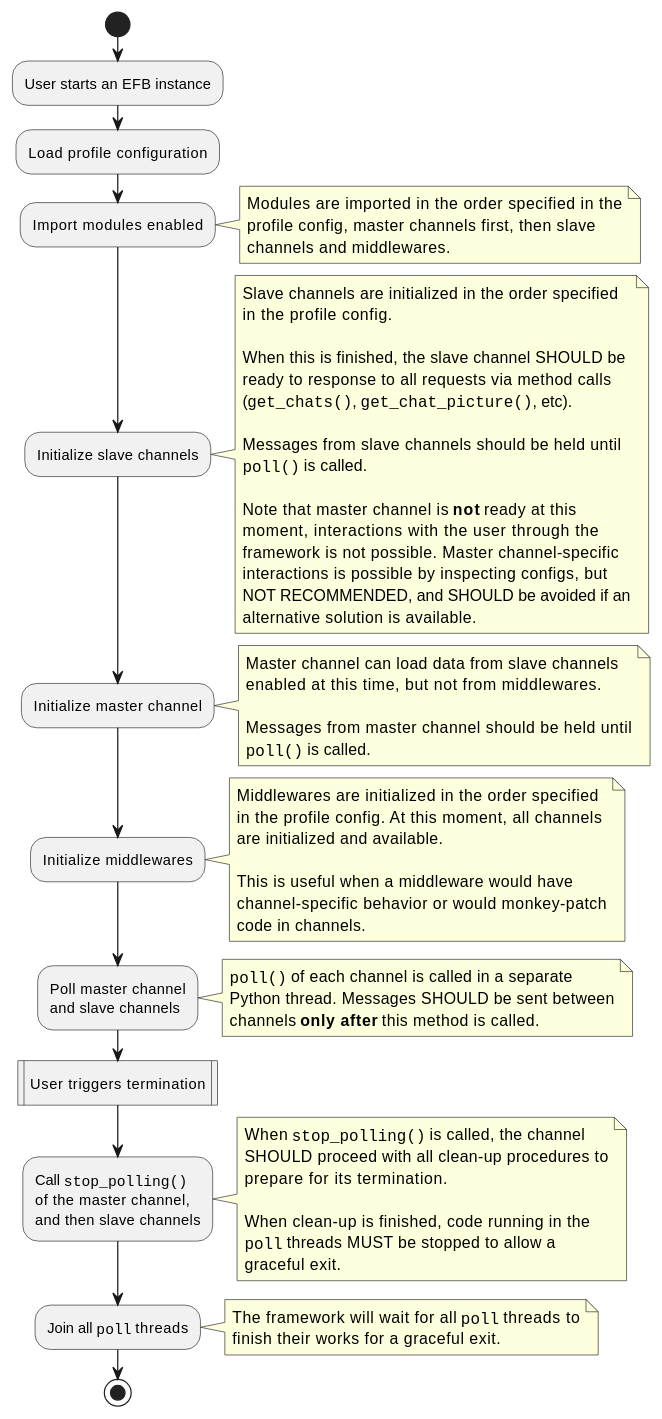
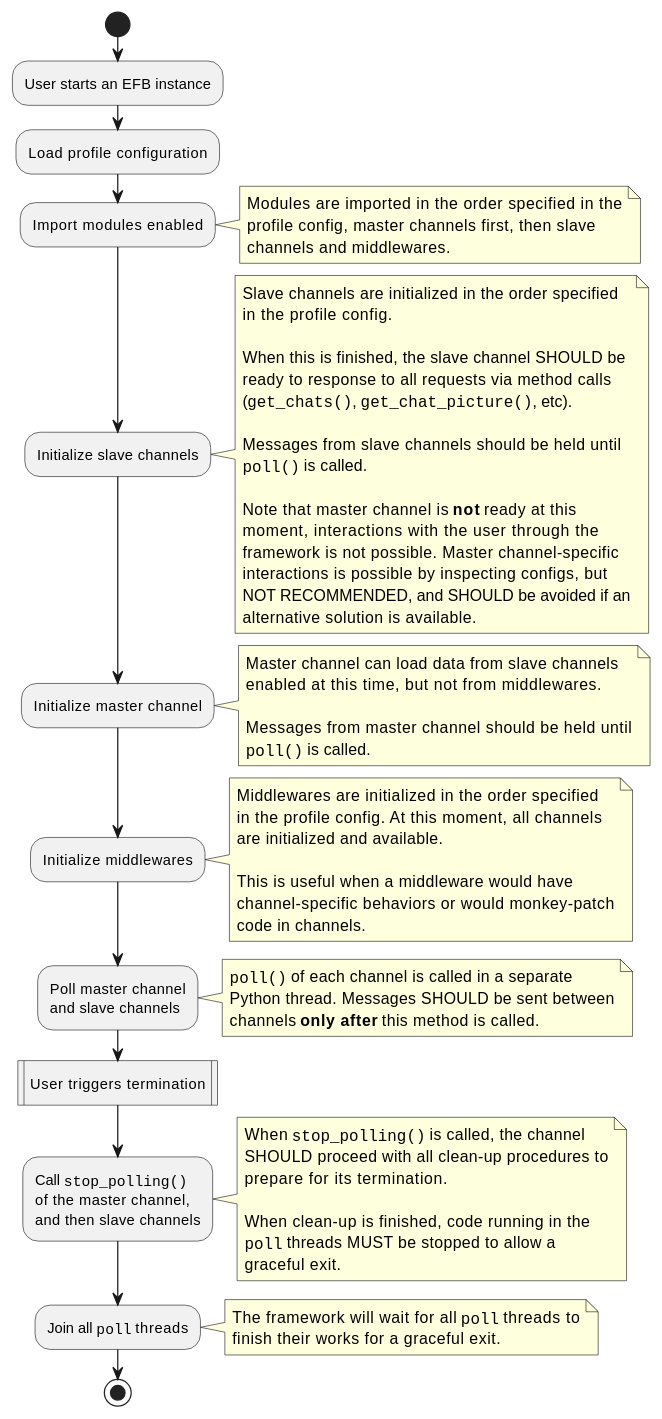
Before and after one commit to ehForwarderBot/ehForwarderBot: the first of 2 diagrams in docs/guide/lifecycle.rst, drawn with PlantUML. The commit also changed 4 other files, not shown here.

```diff
--- a/docs/guide/lifecycle.rst
+++ b/docs/guide/lifecycle.rst
@@ -13,78 +13,78 @@
 .. uml::
     :align: center
     :caption: Lifecycle of an EFB instance
 
     @startuml
     start
     :User starts an EFB instance;
     :Load profile configuration;
     :Import modules enabled;
     note right
         Modules are imported in the order specified in the
         profile config, master channels first, then slave
         channels and middlewares.
     end note
     :Initialize slave channels;
     note right
         Slave channels are initialized in the order specified
         in the profile config.
 
         When this is finished, the slave channel SHOULD be
         ready to response to all requests via method calls
         (""get_chats()"", ""get_chat_picture()"", etc).
 
         Messages from slave channels should be held until
         ""poll()"" is called.
 
         Note that master channel is **not** ready at this
         moment, interactions with the user through the
         framework is not possible. Master channel-specific
         interactions is possible by inspecting configs, but
         NOT RECOMMENDED, and SHOULD be avoided if an
         alternative solution is available.
     end note
     :Initialize master channel;
     note right
         Master channel can load data from slave channels
         enabled at this time, but not from middlewares.
 
         Messages from master channel should be held until
         ""poll()"" is called.
     end note
     :Initialize middlewares;
     note right
         Middlewares are initialized in the order specified
         in the profile config. At this moment, all channels
         are initialized and available.
 
         This is useful when a middleware would have
-        channel-specific behavior or would monkey-patch
+        channel-specific behaviors or would monkey-patch
         code in channels.
     end note
     :Poll master channel
     and slave channels;
     note right
         ""poll()"" of each channel is called in a separate
         Python thread. Messages SHOULD be sent between
         channels **only after** this method is called.
     end note
     :User triggers termination|
     :Call ""stop_polling()""
     of the master channel,
     and then slave channels;
     note right
         When ""stop_polling()"" is called, the channel
         SHOULD proceed with all clean-up procedures to
         prepare for its termination.
 
         When clean-up is finished, code running in the
         ""poll"" threads MUST be stopped to allow a
         graceful exit.
     end note
     :Join all ""poll"" threads;
     note right
         The framework will wait for all ""poll"" threads to
         finish their works for a graceful exit.
     end note
     stop
     @enduml
```
